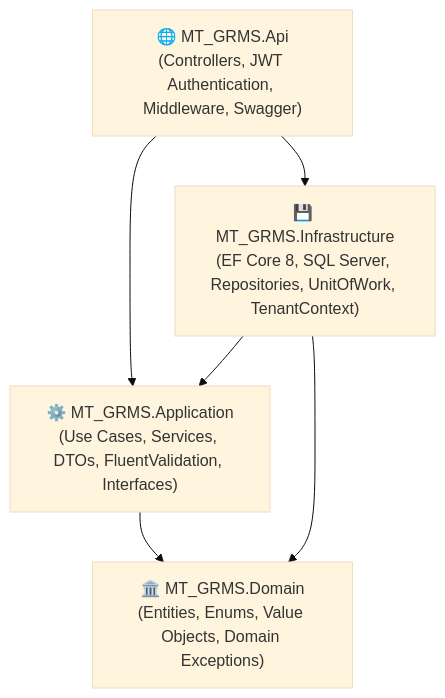
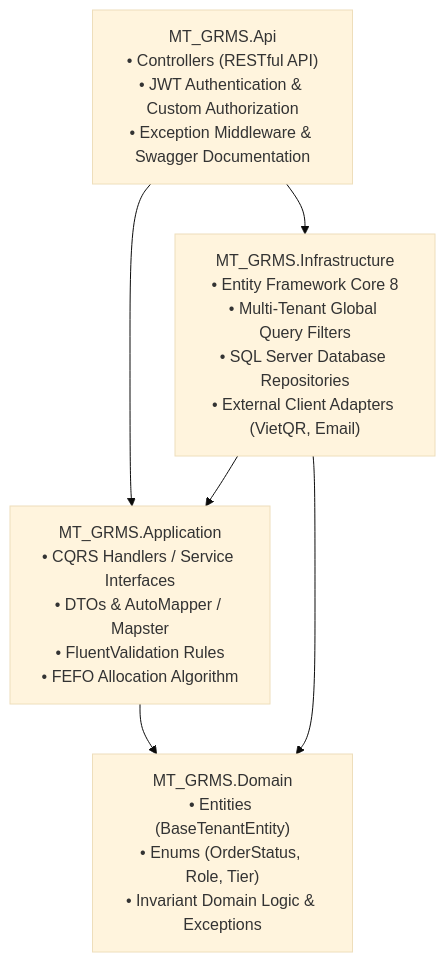
One commit to SEP490-G84-MTGRMS/ai-team-kit changed the second of 2 diagrams in team-ai-knowledge/projects/MT-GRMS/design/system-architecture.md. Above: the diagram before and after it, drawn with Mermaid (base theme). The commit also changed other lines of this file and 7 other files, not shown here.

Commit message:
docs: add MT-GRMS project documentation, architecture, and design schemas

````diff
--- a/team-ai-knowledge/projects/MT-GRMS/design/system-architecture.md
+++ b/team-ai-knowledge/projects/MT-GRMS/design/system-architecture.md
@@ -12,13 +75,13 @@
 ```mermaid
 graph TD
-    API["🌐 MT_GRMS.Api<br/>(Controllers, JWT Authentication, Middleware, Swagger)"]
-    APP["⚙️ MT_GRMS.Application<br/>(Use Cases, Services, DTOs, FluentValidation, Interfaces)"]
-    INFRA["💾 MT_GRMS.Infrastructure<br/>(EF Core 8, SQL Server, Repositories, UnitOfWork, TenantContext)"]
-    DOM["🏛️ MT_GRMS.Domain<br/>(Entities, Enums, Value Objects, Domain Exceptions)"]
+    API["MT_GRMS.Api<br/>• Controllers (RESTful API)<br/>• JWT Authentication & Custom Authorization<br/>• Exception Middleware & Swagger Documentation"]
+    APP["MT_GRMS.Application<br/>• CQRS Handlers / Service Interfaces<br/>• DTOs & AutoMapper / Mapster<br/>• FluentValidation Rules<br/>• FEFO Allocation Algorithm"]
+    INFRA["MT_GRMS.Infrastructure<br/>• Entity Framework Core 8<br/>• Multi-Tenant Global Query Filters<br/>• SQL Server Database Repositories<br/>• External Client Adapters (VietQR, Email)"]
+    DOM["MT_GRMS.Domain<br/>• Entities (BaseTenantEntity)<br/>• Enums (OrderStatus, Role, Tier)<br/>• Invariant Domain Logic & Exceptions"]
 
     API --> APP
     API --> INFRA
     APP --> DOM
     INFRA --> DOM
     INFRA --> APP
 ```
````
